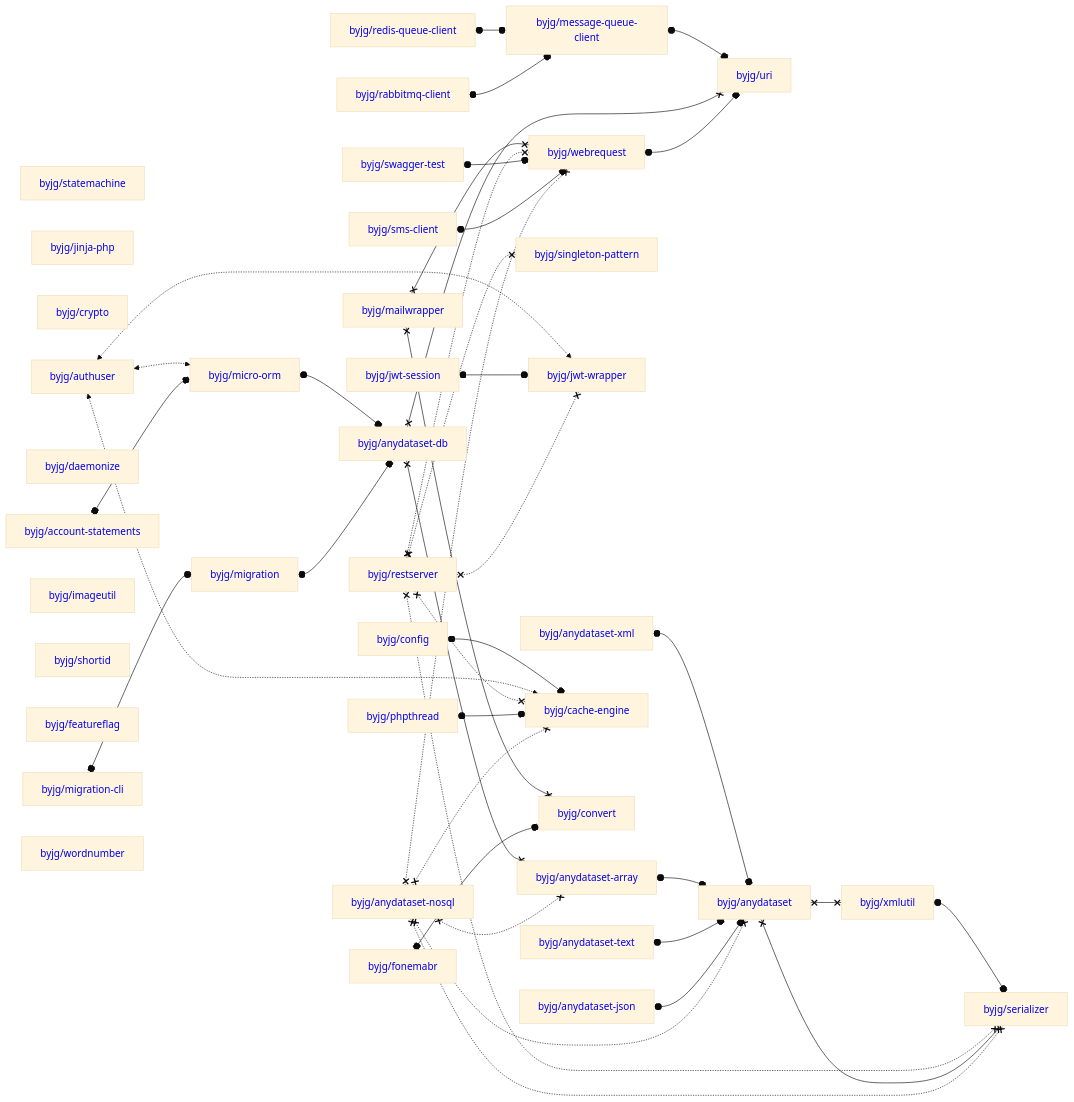
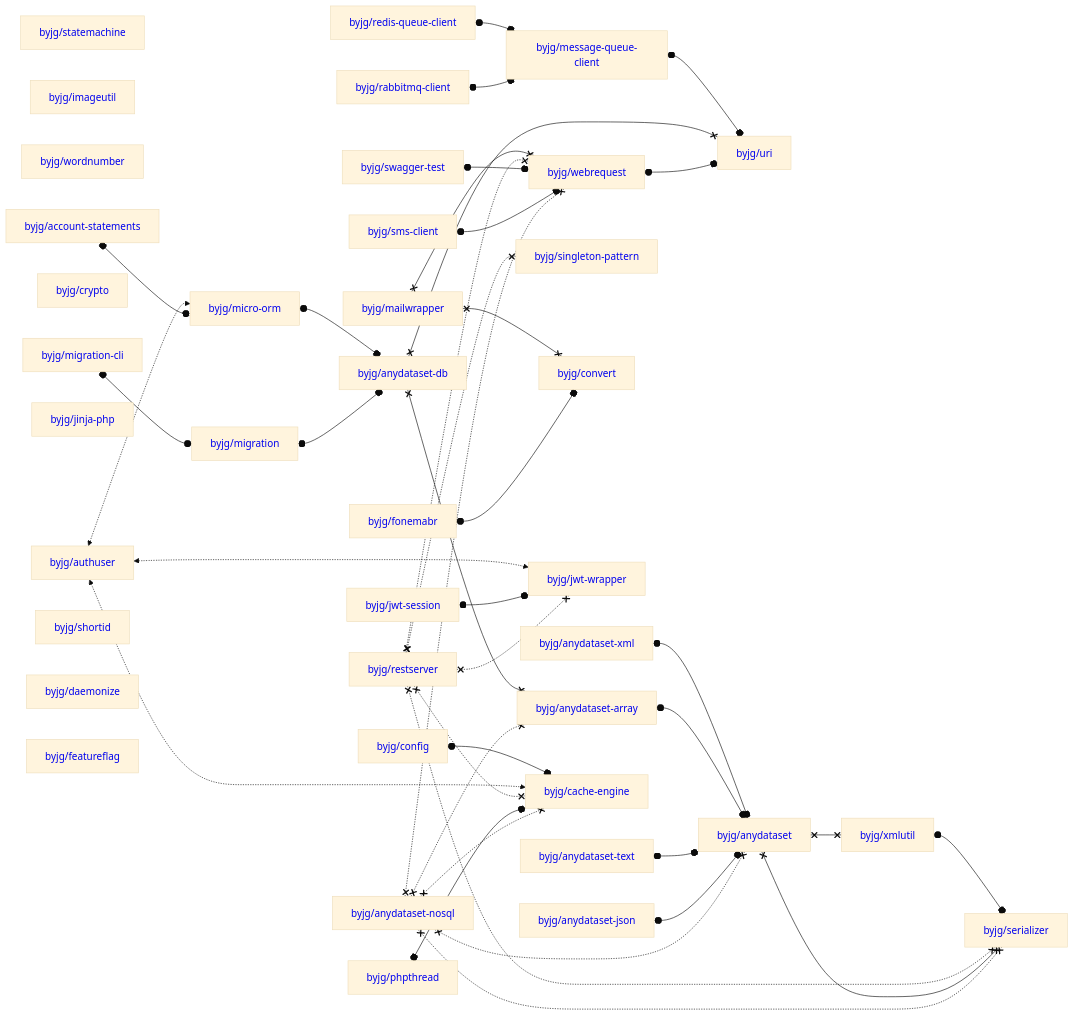
Before and after one commit to byjg/byjg.github.io: the diagram in docs/php/README.md, drawn with Mermaid (base theme). The commit also changed other lines of this file, not shown here.

Commit message:
Update documentation 'php' 'php-migration'

````diff
--- a/docs/php/README.md
+++ b/docs/php/README.md
@@ -3,80 +3,80 @@
 ```mermaid
 graph LR;
+  byjg/statemachine[<a href='https://opensource.byjg.com/docs/php/statemachine' style='text-decoration:none'>byjg/statemachine</a>];
+  byjg/restserver[<a href='https://opensource.byjg.com/docs/php/restserver' style='text-decoration:none'>byjg/restserver</a>];
+  byjg/imageutil[<a href='https://opensource.byjg.com/docs/php/imageutil' style='text-decoration:none'>byjg/imageutil</a>];
+  byjg/wordnumber[<a href='https://opensource.byjg.com/docs/php/wordnumber' style='text-decoration:none'>byjg/wordnumber</a>];
+  byjg/authuser[<a href='https://opensource.byjg.com/docs/php/authuser' style='text-decoration:none'>byjg/authuser</a>];
+  byjg/anydataset-text[<a href='https://opensource.byjg.com/docs/php/anydataset-text' style='text-decoration:none'>byjg/anydataset-text</a>];
+  byjg/crypto[<a href='https://opensource.byjg.com/docs/php/crypto' style='text-decoration:none'>byjg/crypto</a>];
+  byjg/sms-client[<a href='https://opensource.byjg.com/docs/php/sms-client' style='text-decoration:none'>byjg/sms-client</a>];
+  byjg/account-statements[<a href='https://opensource.byjg.com/docs/php/account-statements' style='text-decoration:none'>byjg/account-statements</a>];
+  byjg/rabbitmq-client[<a href='https://opensource.byjg.com/docs/php/rabbitmq-client' style='text-decoration:none'>byjg/rabbitmq-client</a>];
+  byjg/anydataset-nosql[<a href='https://opensource.byjg.com/docs/php/anydataset-nosql' style='text-decoration:none'>byjg/anydataset-nosql</a>];
+  byjg/jinja-php[<a href='https://opensource.byjg.com/docs/php/jinja-php' style='text-decoration:none'>byjg/jinja-php</a>];
   byjg/mailwrapper[<a href='https://opensource.byjg.com/docs/php/mailwrapper' style='text-decoration:none'>byjg/mailwrapper</a>];
-  byjg/anydataset-nosql[<a href='https://opensource.byjg.com/docs/php/anydataset-nosql' style='text-decoration:none'>byjg/anydataset-nosql</a>];
-  byjg/statemachine[<a href='https://opensource.byjg.com/docs/php/statemachine' style='text-decoration:none'>byjg/statemachine</a>];
+  byjg/fonemabr[<a href='https://opensource.byjg.com/docs/php/fonemabr' style='text-decoration:none'>byjg/fonemabr</a>];
+  byjg/anydataset-json[<a href='https://opensource.byjg.com/docs/php/anydataset-json' style='text-decoration:none'>byjg/anydataset-json</a>];
+  byjg/migration-cli[<a href='https://opensource.byjg.com/docs/php/migration-cli' style='text-decoration:none'>byjg/migration-cli</a>];
   byjg/jwt-session[<a href='https://opensource.byjg.com/docs/php/jwt-session' style='text-decoration:none'>byjg/jwt-session</a>];
-  byjg/jinja-php[<a href='https://opensource.byjg.com/docs/php/jinja-php' style='text-decoration:none'>byjg/jinja-php</a>];
-  byjg/rabbitmq-client[<a href='https://opensource.byjg.com/docs/php/rabbitmq-client' style='text-decoration:none'>byjg/rabbitmq-client</a>];
-  byjg/crypto[<a href='https://opensource.byjg.com/docs/php/crypto' style='text-decoration:none'>byjg/crypto</a>];
-  byjg/account-statements[<a href='https://opensource.byjg.com/docs/php/account-statements' style='text-decoration:none'>byjg/account-statements</a>];
+  byjg/shortid[<a href='https://opensource.byjg.com/docs/php/shortid' style='text-decoration:none'>byjg/shortid</a>];
+  byjg/redis-queue-client[<a href='https://opensource.byjg.com/docs/php/redis-queue-client' style='text-decoration:none'>byjg/redis-queue-client</a>];
+  byjg/swagger-test[<a href='https://opensource.byjg.com/docs/php/swagger-test' style='text-decoration:none'>byjg/swagger-test</a>];
+  byjg/anydataset-xml[<a href='https://opensource.byjg.com/docs/php/anydataset-xml' style='text-decoration:none'>byjg/anydataset-xml</a>];
   byjg/daemonize[<a href='https://opensource.byjg.com/docs/php/daemonize' style='text-decoration:none'>byjg/daemonize</a>];
-  byjg/authuser[<a href='https://opensource.byjg.com/docs/php/authuser' style='text-decoration:none'>byjg/authuser</a>];
-  byjg/anydataset-json[<a href='https://opensource.byjg.com/docs/php/anydataset-json' style='text-decoration:none'>byjg/anydataset-json</a>];
-  byjg/imageutil[<a href='https://opensource.byjg.com/docs/php/imageutil' style='text-decoration:none'>byjg/imageutil</a>];
-  byjg/shortid[<a href='https://opensource.byjg.com/docs/php/shortid' style='text-decoration:none'>byjg/shortid</a>];
-  byjg/restserver[<a href='https://opensource.byjg.com/docs/php/restserver' style='text-decoration:none'>byjg/restserver</a>];
+  byjg/phpthread[<a href='https://opensource.byjg.com/docs/php/phpthread' style='text-decoration:none'>byjg/phpthread</a>];
+  byjg/config[<a href='https://opensource.byjg.com/docs/php/config' style='text-decoration:none'>byjg/config</a>];
   byjg/featureflag[<a href='https://opensource.byjg.com/docs/php/featureflag' style='text-decoration:none'>byjg/featureflag</a>];
-  byjg/migration-cli[<a href='https://opensource.byjg.com/docs/php/migration-cli' style='text-decoration:none'>byjg/migration-cli</a>];
-  byjg/config[<a href='https://opensource.byjg.com/docs/php/config' style='text-decoration:none'>byjg/config</a>];
-  byjg/anydataset-xml[<a href='https://opensource.byjg.com/docs/php/anydataset-xml' style='text-decoration:none'>byjg/anydataset-xml</a>];
-  byjg/swagger-test[<a href='https://opensource.byjg.com/docs/php/swagger-test' style='text-decoration:none'>byjg/swagger-test</a>];
-  byjg/sms-client[<a href='https://opensource.byjg.com/docs/php/sms-client' style='text-decoration:none'>byjg/sms-client</a>];
-  byjg/anydataset-text[<a href='https://opensource.byjg.com/docs/php/anydataset-text' style='text-decoration:none'>byjg/anydataset-text</a>];
-  byjg/phpthread[<a href='https://opensource.byjg.com/docs/php/phpthread' style='text-decoration:none'>byjg/phpthread</a>];
-  byjg/fonemabr[<a href='https://opensource.byjg.com/docs/php/fonemabr' style='text-decoration:none'>byjg/fonemabr</a>];
-  byjg/redis-queue-client[<a href='https://opensource.byjg.com/docs/php/redis-queue-client' style='text-decoration:none'>byjg/redis-queue-client</a>];
-  byjg/wordnumber[<a href='https://opensource.byjg.com/docs/php/wordnumber' style='text-decoration:none'>byjg/wordnumber</a>];
+  byjg/singleton-pattern[<a href='https://opensource.byjg.com/docs/php/singleton-pattern' style='text-decoration:none'>byjg/singleton-pattern</a>];
   byjg/micro-orm[<a href='https://opensource.byjg.com/docs/php/micro-orm' style='text-decoration:none'>byjg/micro-orm</a>];
-  byjg/singleton-pattern[<a href='https://opensource.byjg.com/docs/php/singleton-pattern' style='text-decoration:none'>byjg/singleton-pattern</a>];
+  byjg/convert[<a href='https://opensource.byjg.com/docs/php/convert' style='text-decoration:none'>byjg/convert</a>];
+  byjg/migration[<a href='https://opensource.byjg.com/docs/php/migration' style='text-decoration:none'>byjg/migration</a>];
   byjg/jwt-wrapper[<a href='https://opensource.byjg.com/docs/php/jwt-wrapper' style='text-decoration:none'>byjg/jwt-wrapper</a>];
-  byjg/migration[<a href='https://opensource.byjg.com/docs/php/migration' style='text-decoration:none'>byjg/migration</a>];
+  byjg/message-queue-client[<a href='https://opensource.byjg.com/docs/php/message-queue-client' style='text-decoration:none'>byjg/message-queue-client</a>];
   byjg/webrequest[<a href='https://opensource.byjg.com/docs/php/webrequest' style='text-decoration:none'>byjg/webrequest</a>];
   byjg/cache-engine[<a href='https://opensource.byjg.com/docs/php/cache-engine' style='text-decoration:none'>byjg/cache-engine</a>];
-  byjg/convert[<a href='https://opensource.byjg.com/docs/php/convert' style='text-decoration:none'>byjg/convert</a>];
-  byjg/message-queue-client[<a href='https://opensource.byjg.com/docs/php/message-queue-client' style='text-decoration:none'>byjg/message-queue-client</a>];
   byjg/anydataset-db[<a href='https://opensource.byjg.com/docs/php/anydataset-db' style='text-decoration:none'>byjg/anydataset-db</a>];
   byjg/anydataset-array[<a href='https://opensource.byjg.com/docs/php/anydataset-array' style='text-decoration:none'>byjg/anydataset-array</a>];
   byjg/uri[<a href='https://opensource.byjg.com/docs/php/uri' style='text-decoration:none'>byjg/uri</a>];
   byjg/anydataset[<a href='https://opensource.byjg.com/docs/php/anydataset' style='text-decoration:none'>byjg/anydataset</a>];
   byjg/xmlutil[<a href='https://opensource.byjg.com/docs/php/xmlutil' style='text-decoration:none'>byjg/xmlutil</a>];
   byjg/serializer[<a href='https://opensource.byjg.com/docs/php/serializer' style='text-decoration:none'>byjg/serializer</a>];
   byjg/anydataset-xml o--o byjg/anydataset;
   byjg/config o--o byjg/cache-engine;
   byjg/authuser <-.-> byjg/micro-orm;
   byjg/authuser <-.-> byjg/cache-engine;
   byjg/authuser <-.-> byjg/jwt-wrapper;
   byjg/jwt-session o--o byjg/jwt-wrapper;
   byjg/redis-queue-client o--o byjg/message-queue-client;
   byjg/xmlutil o--o byjg/serializer;
   byjg/anydataset-array o--o byjg/anydataset;
   byjg/anydataset-text o--o byjg/anydataset;
   byjg/mailwrapper x--x byjg/convert;
   byjg/mailwrapper x--x byjg/webrequest;
   byjg/restserver x-.-x byjg/serializer;
   byjg/restserver x-.-x byjg/singleton-pattern;
   byjg/restserver x-.-x byjg/cache-engine;
   byjg/restserver x-.-x byjg/webrequest;
   byjg/restserver x-.-x byjg/jwt-wrapper;
   byjg/anydataset x--x byjg/serializer;
   byjg/anydataset x--x byjg/xmlutil;
   byjg/micro-orm o--o byjg/anydataset-db;
   byjg/phpthread o--o byjg/cache-engine;
   byjg/anydataset-json o--o byjg/anydataset;
   byjg/swagger-test o--o byjg/webrequest;
   byjg/fonemabr o--o byjg/convert;
   byjg/account-statements o--o byjg/micro-orm;
   byjg/sms-client o--o byjg/webrequest;
   byjg/migration-cli o--o byjg/migration;
   byjg/message-queue-client o--o byjg/uri;
   byjg/anydataset-db x--x byjg/anydataset-array;
   byjg/anydataset-db x--x byjg/uri;
   byjg/webrequest o--o byjg/uri;
   byjg/migration o--o byjg/anydataset-db;
   byjg/rabbitmq-client o--o byjg/message-queue-client;
   byjg/anydataset-nosql x-.-x byjg/anydataset;
   byjg/anydataset-nosql x-.-x byjg/anydataset-array;
   byjg/anydataset-nosql x-.-x byjg/serializer;
   byjg/anydataset-nosql x-.-x byjg/webrequest;
   byjg/anydataset-nosql x-.-x byjg/cache-engine;
 ```
````
